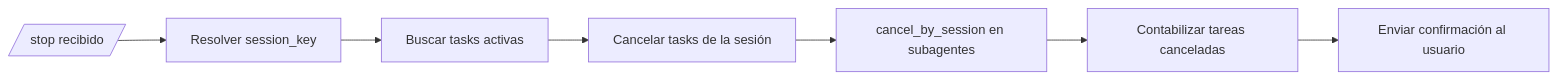
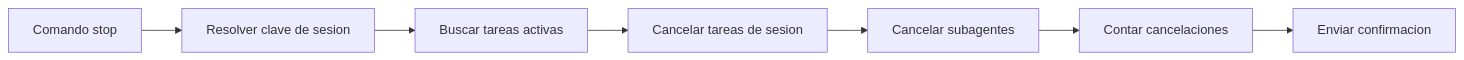
Before and after one commit to Notifai-Team1/ProjectX-nanobot: the third of 3 diagrams in docs/05-agentloop.md, drawn with Mermaid. The commit also changed other lines of this file and 3 other files, not shown here.

Commit message:
docs: corregir sintaxis mermaid y agregar diagramas de memoria

````diff
--- a/docs/05-agentloop.md
+++ b/docs/05-agentloop.md
@@ -162,9 +162,9 @@
 ```mermaid
 flowchart LR
-    S[/stop recibido/] --> T[Resolver session_key]
-    T --> U[Buscar tasks activas]
-    U --> V[Cancelar tasks de la sesión]
-    V --> W[cancel_by_session en subagentes]
-    W --> X[Contabilizar tareas canceladas]
-    X --> Y[Enviar confirmación al usuario]
+    A[Comando stop] --> B[Resolver clave de sesion]
+    B --> C[Buscar tareas activas]
+    C --> D[Cancelar tareas de sesion]
+    D --> E[Cancelar subagentes]
+    E --> F[Contar cancelaciones]
+    F --> G[Enviar confirmacion]
 ```
````
